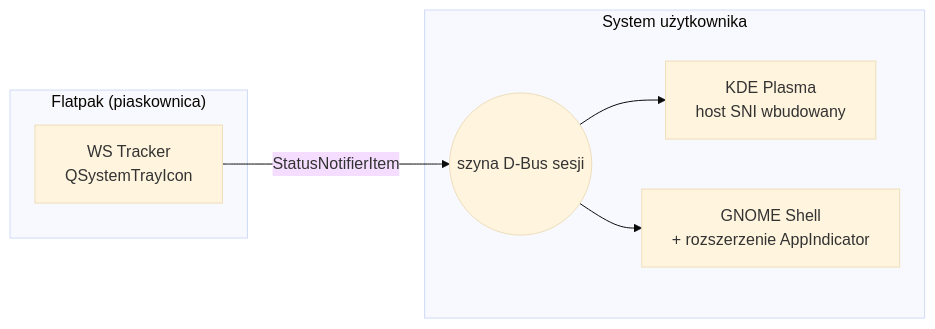
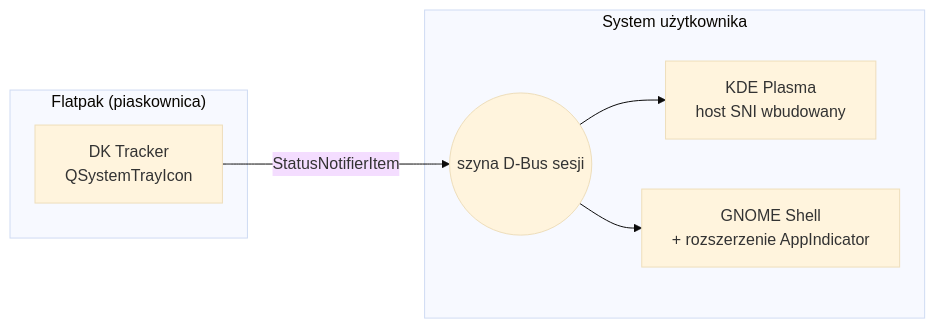
One commit to DragonKing026/DK-Tracker-Linux changed the first of 2 diagrams in docs/integracje/gnome-appindicator.md. Above: the diagram before and after it, drawn with Mermaid (base theme). The commit also changed 73 other files, not shown here.

````diff
--- a/docs/integracje/gnome-appindicator.md
+++ b/docs/integracje/gnome-appindicator.md
@@ -50,14 +50,14 @@
 ```mermaid
 flowchart LR
     subgraph flatpak["Flatpak (piaskownica)"]
-        APP[WS Tracker<br/>QSystemTrayIcon]
+        APP[DK Tracker<br/>QSystemTrayIcon]
     end
     subgraph host["System użytkownika"]
         BUS((szyna D-Bus sesji))
         KDE[KDE Plasma<br/>host SNI wbudowany]
         GN[GNOME Shell<br/>+ rozszerzenie AppIndicator]
     end
     APP -- "StatusNotifierItem" --> BUS
     BUS --> KDE
     BUS --> GN
 ```
````
